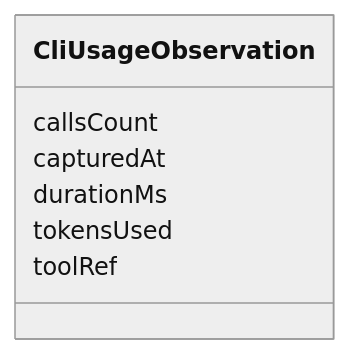
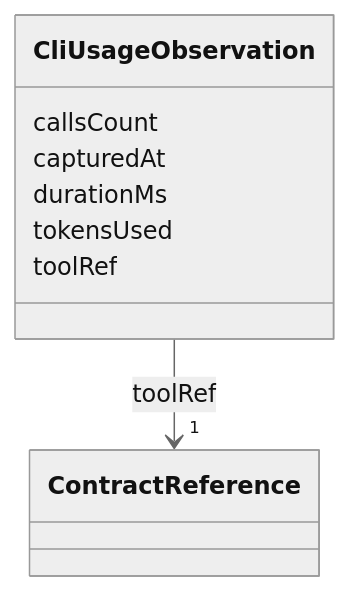
Before and after one commit to open4good/jumo-core: the diagram in metamodel/generated/docs/CliUsageObservation.md, drawn with Mermaid (neutral theme). The commit also changed other lines of this file and 42 other files, not shown here.

````diff
--- a/metamodel/generated/docs/CliUsageObservation.md
+++ b/metamodel/generated/docs/CliUsageObservation.md
@@ -23,16 +23,25 @@
 ```mermaid
  classDiagram
     class CliUsageObservation
     click CliUsageObservation href "../CliUsageObservation/"
       CliUsageObservation : callsCount
 
       CliUsageObservation : capturedAt
 
       CliUsageObservation : durationMs
 
       CliUsageObservation : tokensUsed
 
       CliUsageObservation : toolRef
 
 
+
+
+
+        CliUsageObservation --> "1" ContractReference : toolRef
+        click ContractReference href "../ContractReference/"
+
+
+
+
 ```
````
